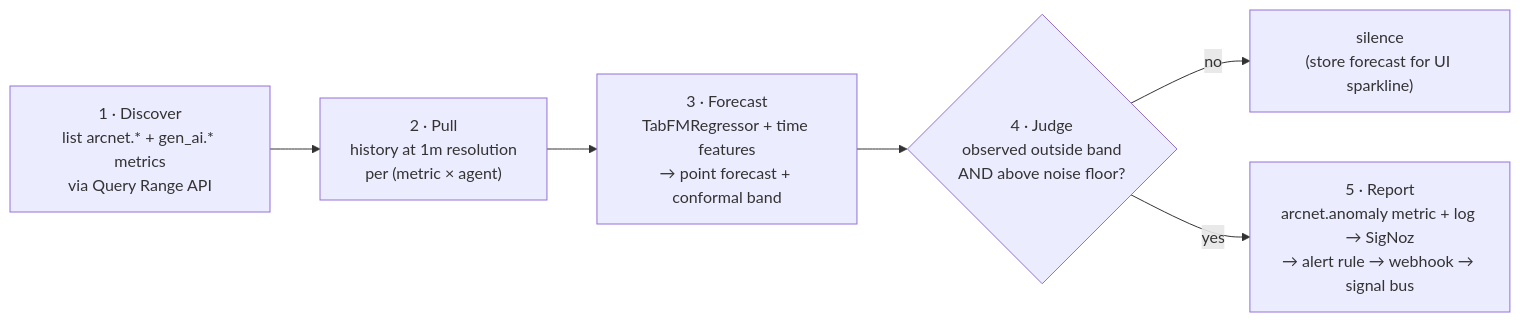
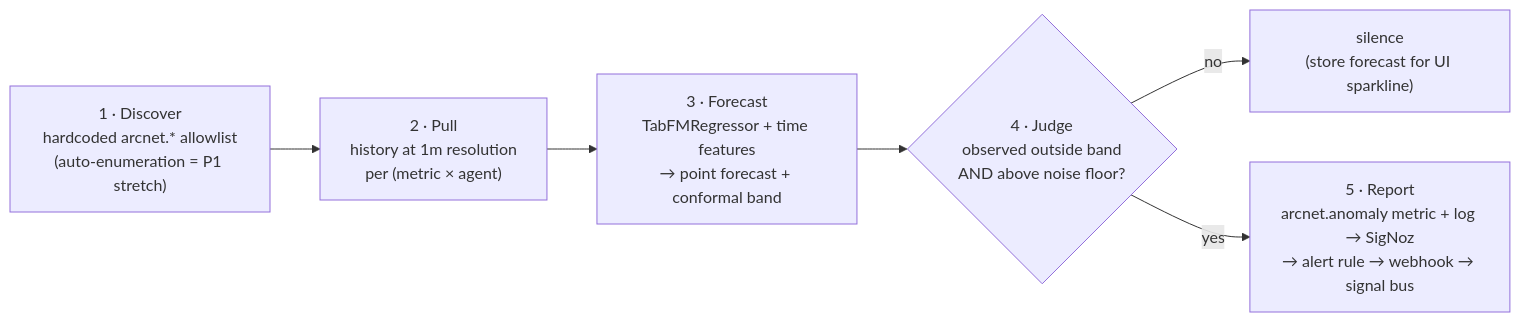
One commit to chiruu12/arcnet changed the diagram in docs/07-griffin-anomaly.md. Above: the diagram before and after it, drawn with Mermaid. The commit also changed other lines of this file and 13 other files, not shown here.

````diff
--- a/docs/07-griffin-anomaly.md
+++ b/docs/07-griffin-anomaly.md
@@ -20,8 +20,8 @@
 ```mermaid
 flowchart LR
-    A["1 · Discover<br/>list arcnet.* + gen_ai.* metrics<br/>via Query Range API"] --> B["2 · Pull<br/>history at 1m resolution<br/>per (metric × agent)"]
+    A["1 · Discover<br/>hardcoded arcnet.* allowlist<br/>(auto-enumeration = P1 stretch)"] --> B["2 · Pull<br/>history at 1m resolution<br/>per (metric × agent)"]
     B --> C["3 · Forecast<br/>TabFMRegressor + time features<br/>→ point forecast + conformal band"]
     C --> D{"4 · Judge<br/>observed outside band<br/>AND above noise floor?"}
     D -- no --> E["silence<br/>(store forecast for UI sparkline)"]
     D -- yes --> F["5 · Report<br/>arcnet.anomaly metric + log → SigNoz<br/>→ alert rule → webhook → signal bus"]
 ```
````
